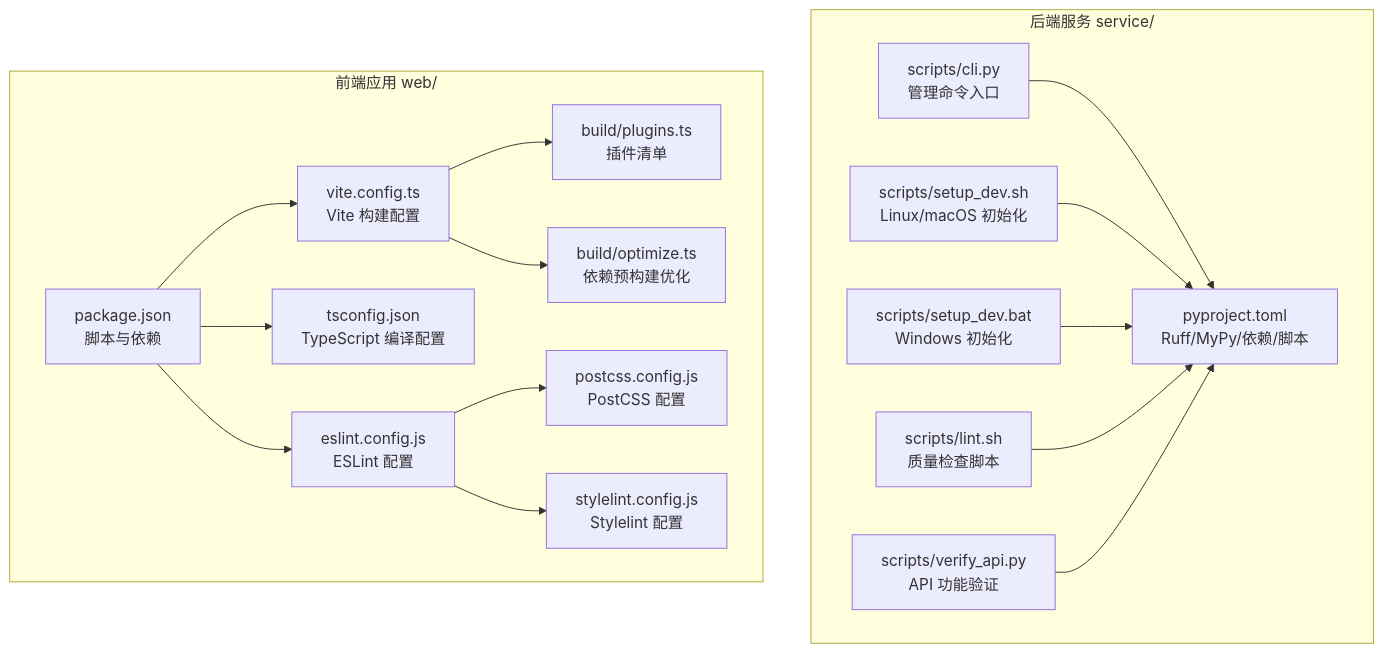
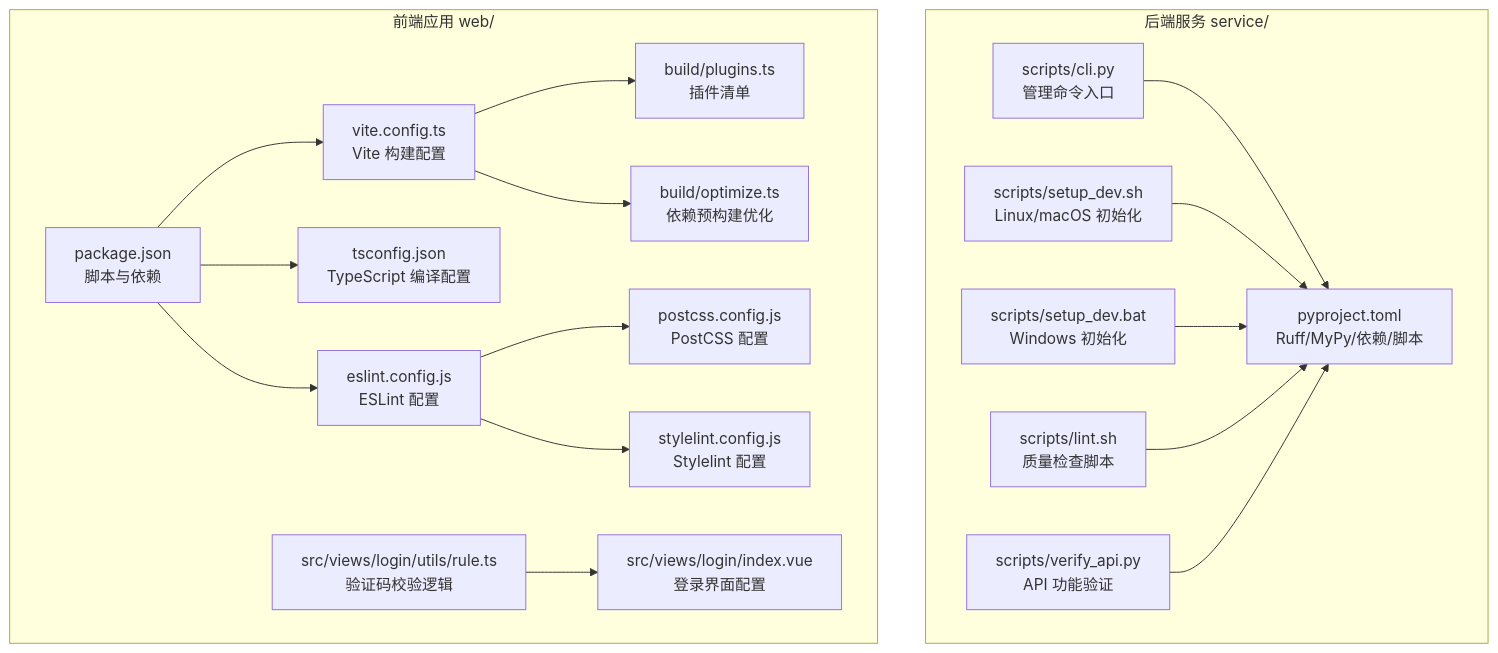
One commit to taoweidong/Hello-FastApi changed the first of 6 diagrams in .qoder/repowiki/zh/content/开发工具与脚本/开发工具与脚本.md. Above: the diagram before and after it, drawn with Mermaid. The commit also changed other lines of this file and 9 other files, not shown here.

````diff
--- a/.qoder/repowiki/zh/content/开发工具与脚本/开发工具与脚本.md
+++ b/.qoder/repowiki/zh/content/开发工具与脚本/开发工具与脚本.md
@@ -49,33 +52,36 @@
 ```mermaid
 graph TB
 subgraph "后端服务 service/"
 S1["pyproject.toml<br/>Ruff/MyPy/依赖/脚本"]
 S2["scripts/cli.py<br/>管理命令入口"]
 S3["scripts/setup_dev.sh<br/>Linux/macOS 初始化"]
 S4["scripts/setup_dev.bat<br/>Windows 初始化"]
 S5["scripts/lint.sh<br/>质量检查脚本"]
 S6["scripts/verify_api.py<br/>API 功能验证"]
 end
 subgraph "前端应用 web/"
 W1["package.json<br/>脚本与依赖"]
 W2["eslint.config.js<br/>ESLint 配置"]
 W3["tsconfig.json<br/>TypeScript 编译配置"]
 W4["vite.config.ts<br/>Vite 构建配置"]
 W5["build/plugins.ts<br/>插件清单"]
 W6["build/optimize.ts<br/>依赖预构建优化"]
 W7["postcss.config.js<br/>PostCSS 配置"]
 W8["stylelint.config.js<br/>Stylelint 配置"]
+W9["src/views/login/utils/rule.ts<br/>验证码校验逻辑"]
+W10["src/views/login/index.vue<br/>登录界面配置"]
 end
 S2 --> S1
 S3 --> S1
 S4 --> S1
 S5 --> S1
 S6 --> S1
 W1 --> W2
 W1 --> W3
 W1 --> W4
 W4 --> W5
 W4 --> W6
 W2 --> W7
 W2 --> W8
+W9 --> W10
 ```
````
